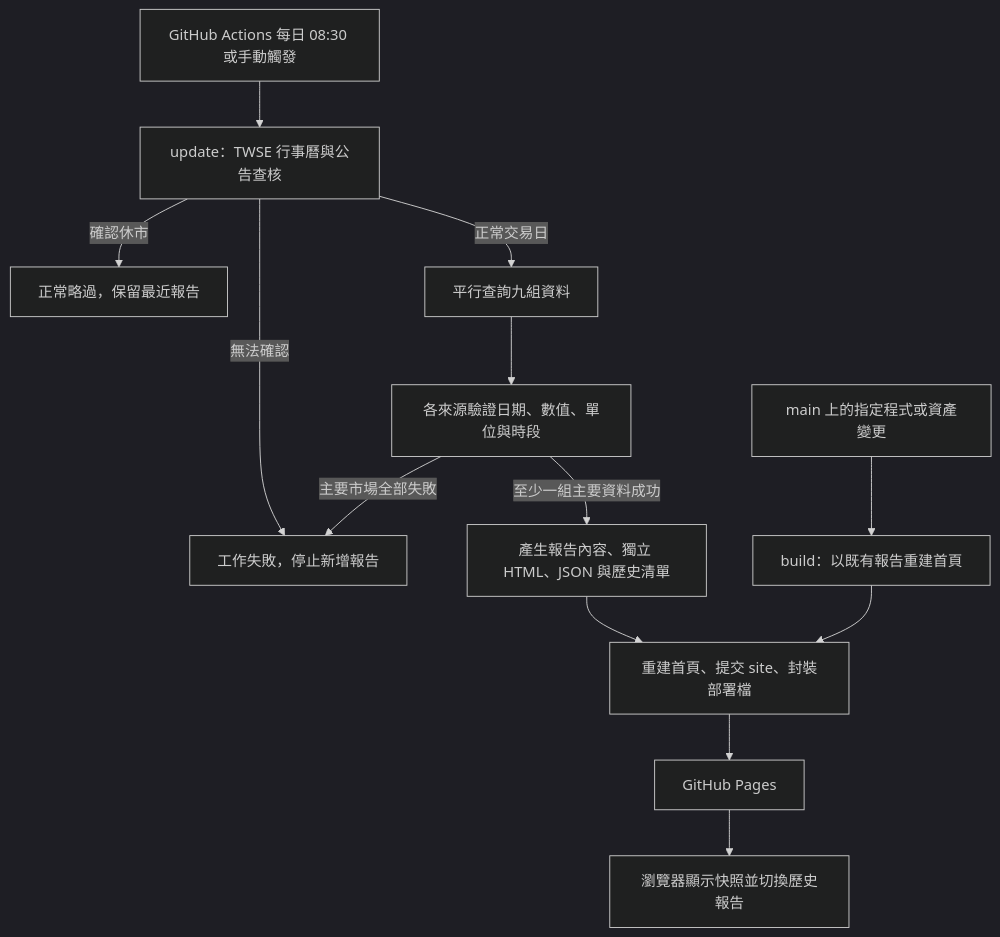
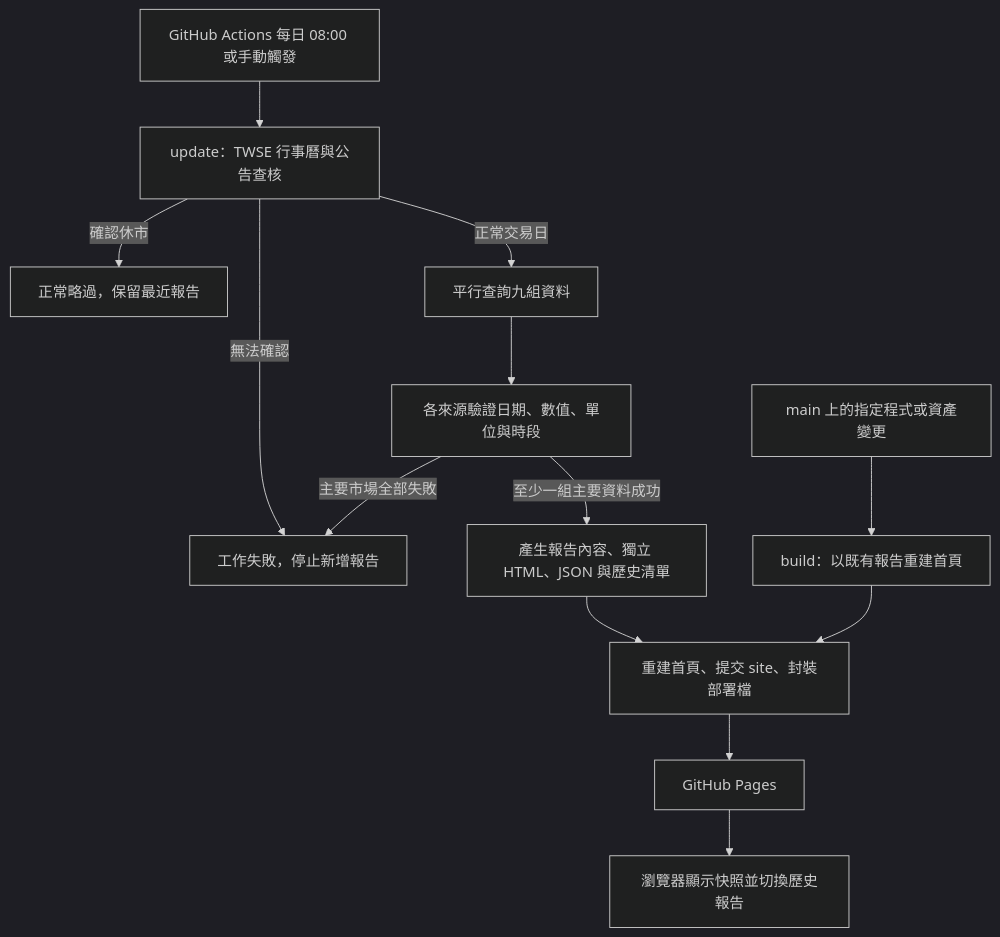
Before and after one commit to cjw9223233/PMOT: the diagram in docs/ARCHITECTURE.md, drawn with Mermaid (dark theme). The commit also changed 12 other files, not shown here.

Commit message:
Move GitHub daily report to 08:00 Taipei time (#2)

````diff
--- a/docs/ARCHITECTURE.md
+++ b/docs/ARCHITECTURE.md
@@ -9,15 +9,15 @@
 ```mermaid
 flowchart TD
-    A[GitHub Actions 每日 08:30 或手動觸發] --> B[update：TWSE 行事曆與公告查核]
+    A[GitHub Actions 每日 08:00 或手動觸發] --> B[update：TWSE 行事曆與公告查核]
     B -->|確認休市| C[正常略過，保留最近報告]
     B -->|無法確認| D[工作失敗，停止新增報告]
     B -->|正常交易日| E[平行查詢九組資料]
     E --> F[各來源驗證日期、數值、單位與時段]
     F -->|主要市場全部失敗| D
     F -->|至少一組主要資料成功| G[產生報告內容、獨立 HTML、JSON 與歷史清單]
     G --> H[重建首頁、提交 site、封裝部署檔]
     H --> I[GitHub Pages]
     I --> J[瀏覽器顯示快照並切換歷史報告]
     K[main 上的指定程式或資產變更] --> L[build：以既有報告重建首頁]
     L --> H
 ```
````
